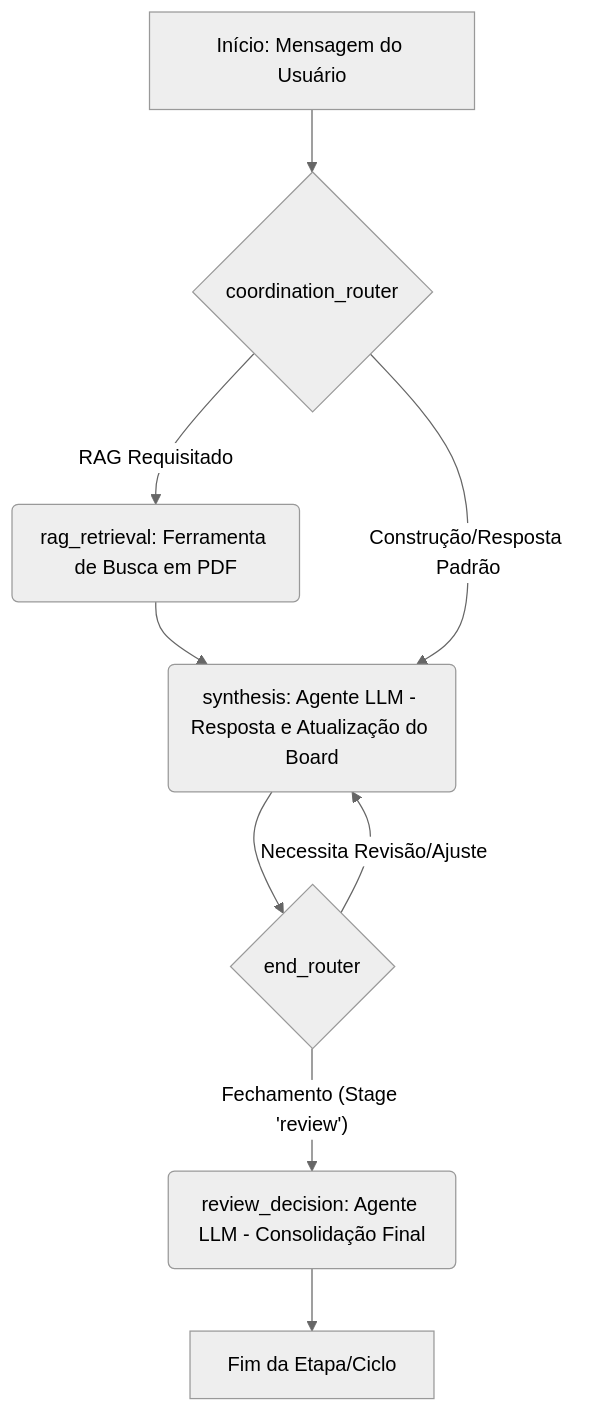
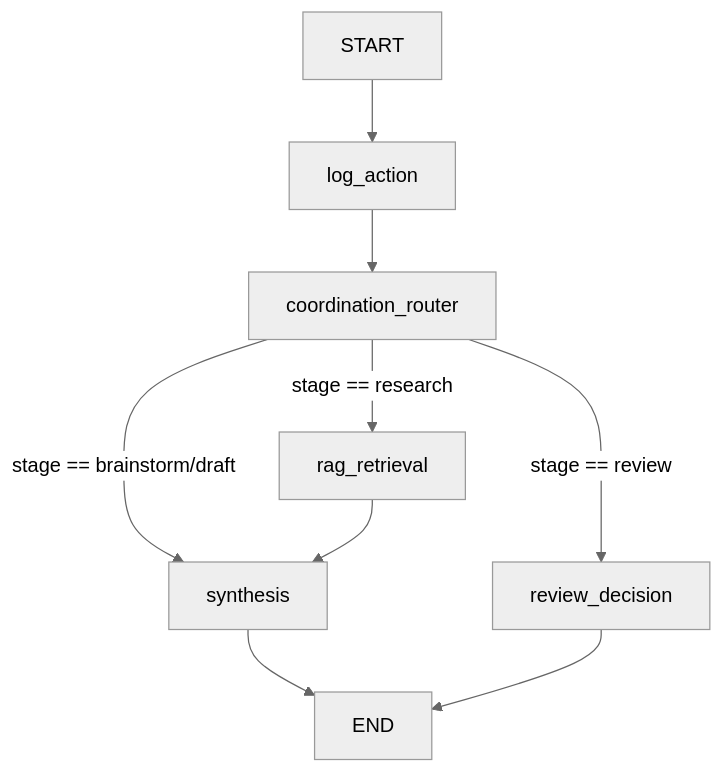
One commit to JhonathanOliveira/Trabalho-Sistemas-Colaborativos changed the diagram in README.md. Above: the diagram before and after it, drawn with Mermaid (neutral theme). The commit also changed other lines of this file, not shown here.

````diff
--- a/README.md
+++ b/README.md
@@ -121,16 +103,13 @@
 ```mermaid
 graph TD
-    A[Início: Mensagem do Usuário] --> B{coordination_router};
+    START --> A[log_action]
+    A --> B[coordination_router]
 
-    B -- RAG Requisitado --> C(rag_retrieval: Ferramenta de Busca em PDF);
-    C --> D(synthesis: Agente LLM - Resposta e Atualização do Board);
+    B -->|stage == research| C[rag_retrieval]
+    B -->|stage == brainstorm/draft| D[synthesis]
+    B -->|stage == review| E[review_decision]
 
-    B -- Construção/Resposta Padrão --> D;
-
-    D --> E{end_router};
-
-    E -- Necessita Revisão/Ajuste --> D;
-    E -- Fechamento (Stage 'review') --> F(review_decision: Agente LLM - Consolidação Final);
-
-    F --> G[Fim da Etapa/Ciclo];
+    C --> D
+    D --> END
+    E --> END
 ```
````
